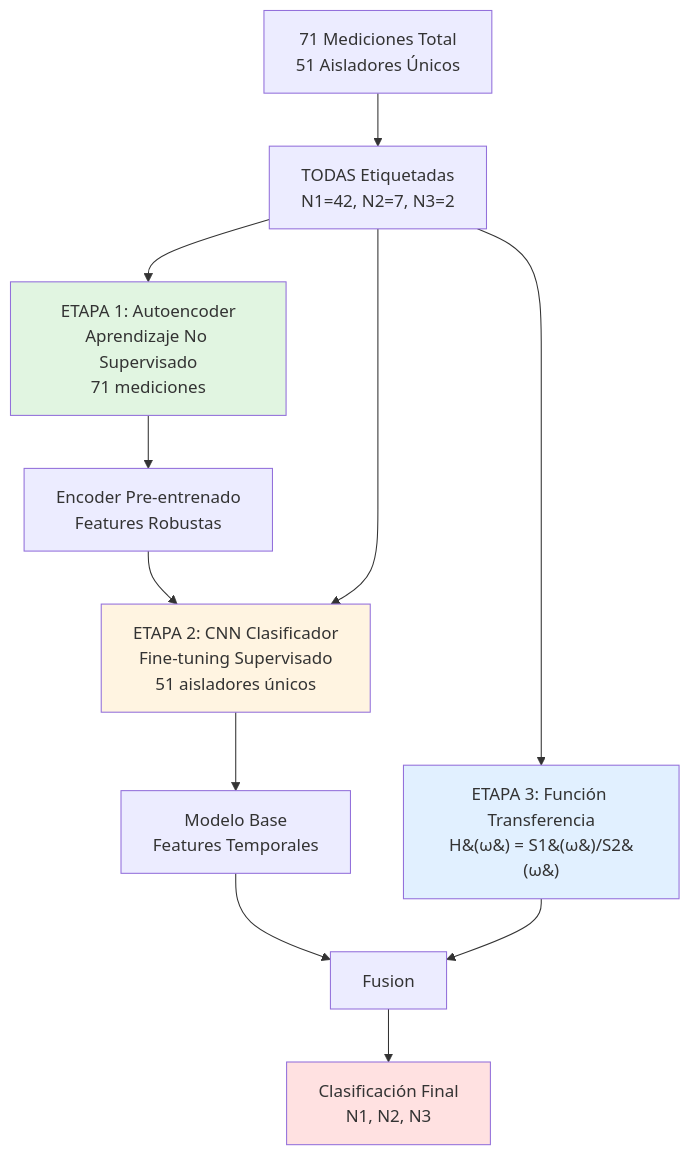
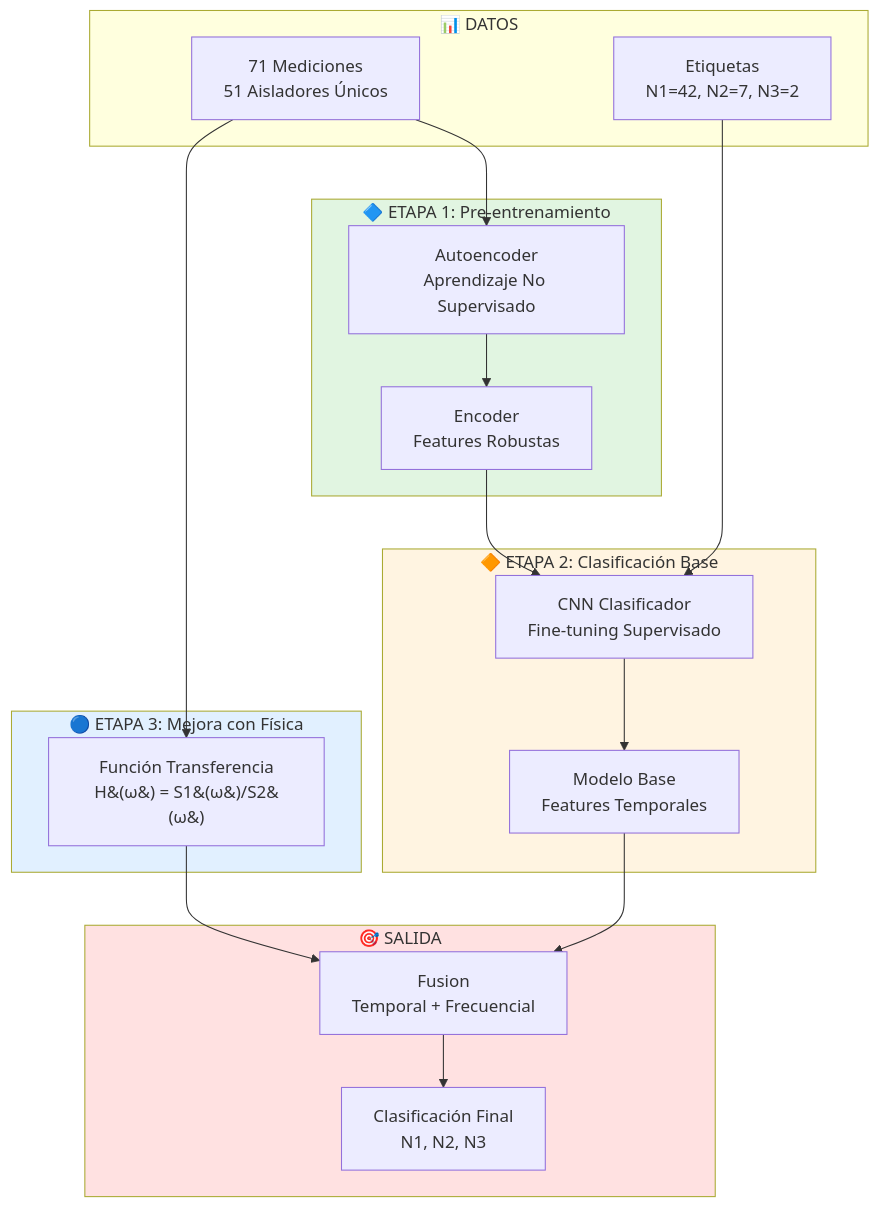
The first of 5 diagrams in PROPUESTA_CNN_ARQUITECTURA.md (giansmart/deepsolation), drawn with Mermaid before and after one commit. The commit also changed other lines of this file, not shown here.

````diff
--- a/PROPUESTA_CNN_ARQUITECTURA.md
+++ b/PROPUESTA_CNN_ARQUITECTURA.md
@@ -251,25 +251,41 @@
 ```mermaid
 graph TB
-    A[71 Mediciones Total<br/>51 Aisladores Únicos] --> B[TODAS Etiquetadas<br/>N1=42, N2=7, N3=2]
+    subgraph Datos["📊 DATOS"]
+        A[71 Mediciones<br/>51 Aisladores Únicos]
+        B[Etiquetas<br/>N1=42, N2=7, N3=2]
+    end
 
-    B --> D[ETAPA 1: Autoencoder<br/>Aprendizaje No Supervisado<br/>71 mediciones]
+    subgraph Stage1["🔷 ETAPA 1: Pre-entrenamiento"]
+        D[Autoencoder<br/>Aprendizaje No Supervisado]
+        E[Encoder<br/>Features Robustas]
+    end
 
-    D --> E[Encoder Pre-entrenado<br/>Features Robustas]
+    subgraph Stage2["🔶 ETAPA 2: Clasificación Base"]
+        F[CNN Clasificador<br/>Fine-tuning Supervisado]
+        G[Modelo Base<br/>Features Temporales]
+    end
 
-    E --> F[ETAPA 2: CNN Clasificador<br/>Fine-tuning Supervisado<br/>51 aisladores únicos]
+    subgraph Stage3["🔵 ETAPA 3: Mejora con Física"]
+        H[Función Transferencia<br/>H&#40;ω&#41; = S1&#40;ω&#41;/S2&#40;ω&#41;]
+    end
+
+    subgraph Output["🎯 SALIDA"]
+        I[Fusion<br/>Temporal + Frecuencial]
+        J[Clasificación Final<br/>N1, N2, N3]
+    end
+
+    A --> D
+    D --> E
+    E --> F
     B --> F
+    F --> G
+    G --> I
+    A --> H
+    H --> I
+    I --> J
 
-    F --> G[Modelo Base<br/>Features Temporales]
-
-    B --> H[ETAPA 3: Función Transferencia<br/>H&#40;ω&#41; = S1&#40;ω&#41;/S2&#40;ω&#41;]
-
-    G --> I[Fusion]
-    H --> I
-
-    I --> J[Clasificación Final<br/>N1, N2, N3]
-
-    style D fill:#e1f5e1
-    style F fill:#fff4e1
-    style H fill:#e1f0ff
-    style J fill:#ffe1e1
+    style Stage1 fill:#e1f5e1
+    style Stage2 fill:#fff4e1
+    style Stage3 fill:#e1f0ff
+    style Output fill:#ffe1e1
 ```
````
